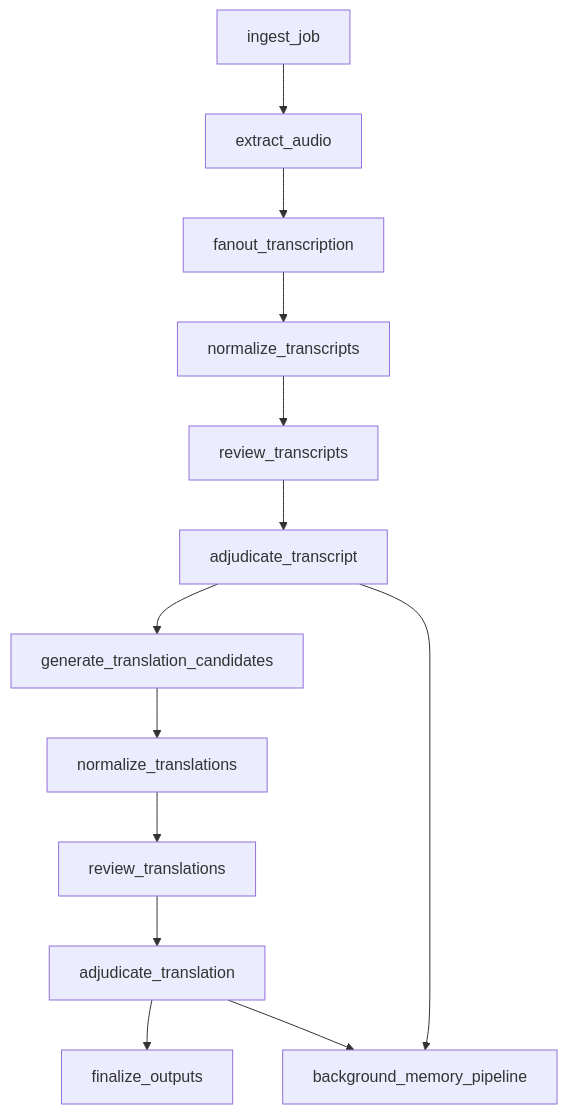
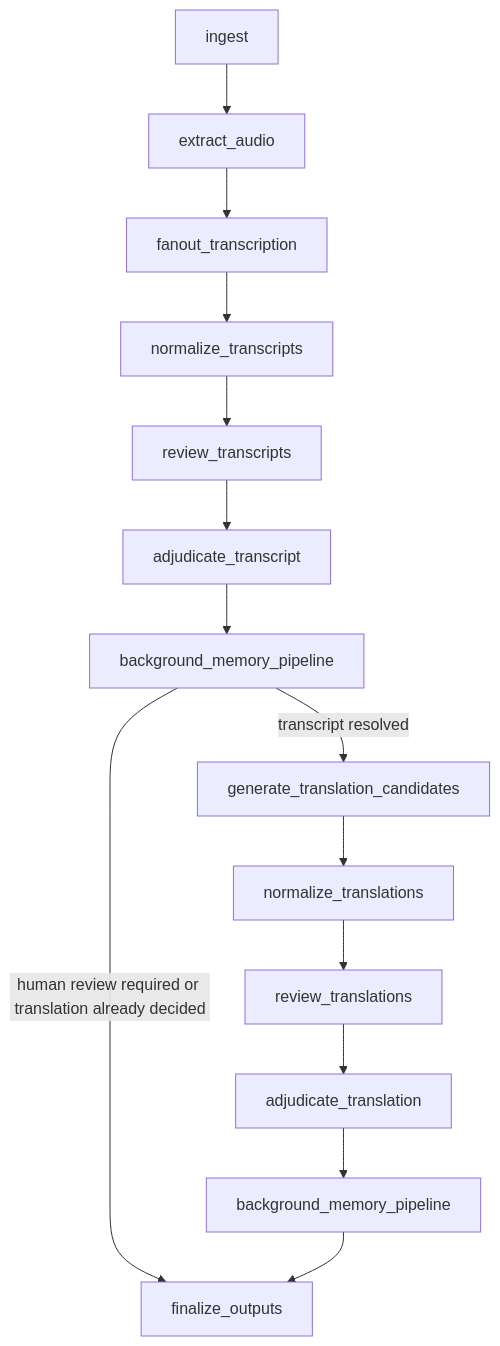
Before and after one commit to syz51/translation-agent: the diagram in docs/workflow.md, drawn with Mermaid. The commit also changed other lines of this file and 7 other files, not shown here.

````diff
--- a/docs/workflow.md
+++ b/docs/workflow.md
@@ -5,15 +7,16 @@
 ```mermaid
 flowchart TD
-    A["ingest_job"] --> B["extract_audio"]
+    A["ingest"] --> B["extract_audio"]
     B --> C["fanout_transcription"]
     C --> D["normalize_transcripts"]
     D --> E["review_transcripts"]
     E --> F["adjudicate_transcript"]
-    F --> G["generate_translation_candidates"]
-    G --> H["normalize_translations"]
-    H --> I["review_translations"]
-    I --> J["adjudicate_translation"]
-    J --> K["finalize_outputs"]
-    F --> L["background_memory_pipeline"]
-    J --> L
+    F --> G["background_memory_pipeline"]
+    G -->|transcript resolved| H["generate_translation_candidates"]
+    G -->|human review required or translation already decided| M["finalize_outputs"]
+    H --> I["normalize_translations"]
+    I --> J["review_translations"]
+    J --> K["adjudicate_translation"]
+    K --> L["background_memory_pipeline"]
+    L --> M["finalize_outputs"]
 ```
````
